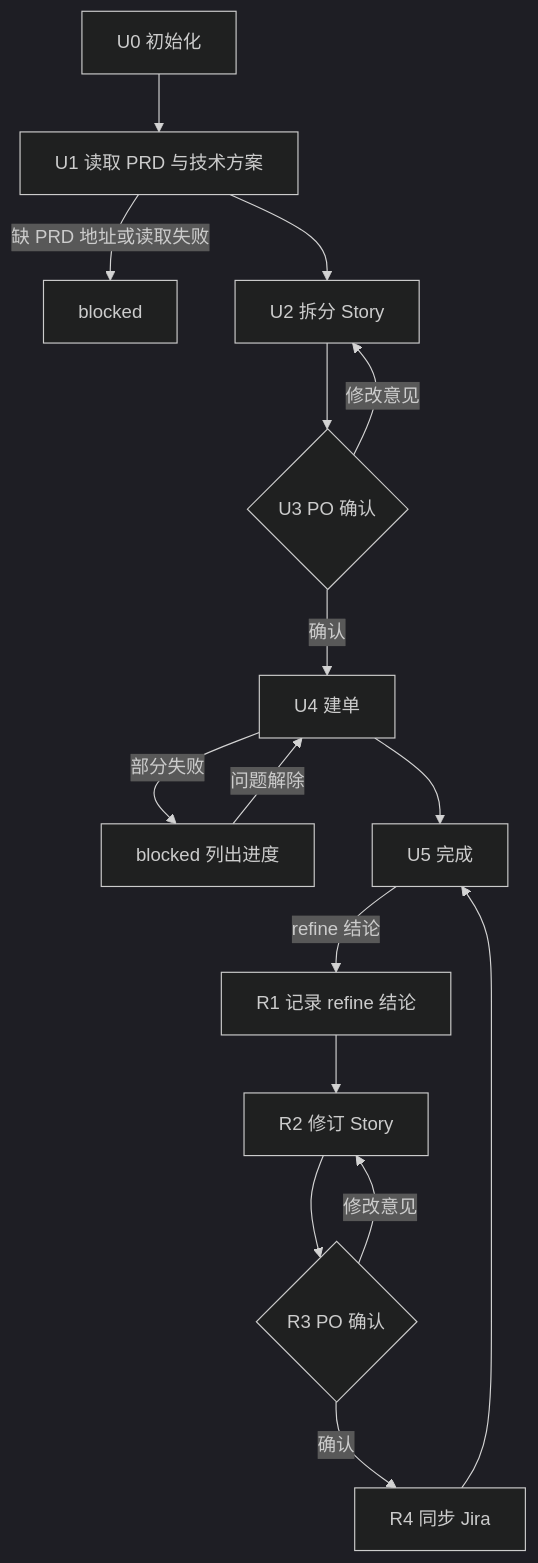
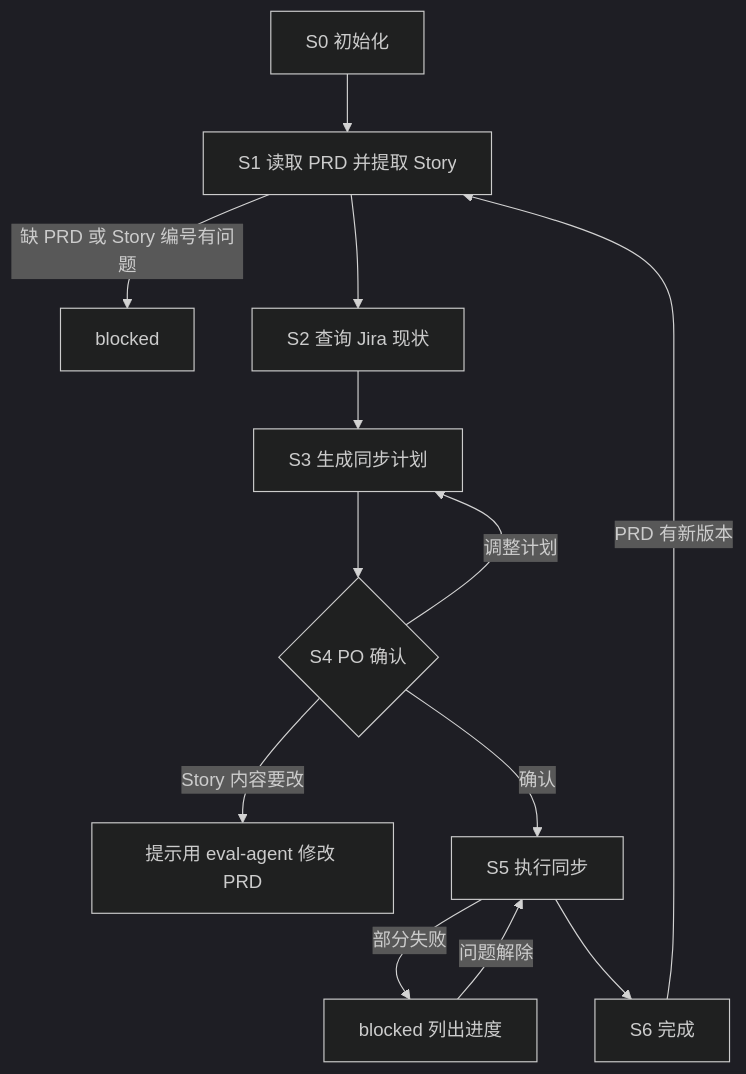
The diagram in .cursor/agents/userstory-agent.md (mjz-kevin/marriott), drawn with Mermaid (dark theme) before and after one commit. The commit also changed other lines of this file and 2 other files, not shown here.

Commit message:
Eval Agent负责生成PRD和生成PRD中的User Story User Story Agent 负责把PRD（本地或Confluence上的PRD里面的User Story）同步到Jira（通过增删改查Jira的Skill）

````diff
--- a/.cursor/agents/userstory-agent.md
+++ b/.cursor/agents/userstory-agent.md
@@ -196,18 +190,15 @@
 ```mermaid
 flowchart TD
-    U0["U0 初始化"] --> U1["U1 读取 PRD 与技术方案"]
-    U1 -->|"缺 PRD 地址或读取失败"| B["blocked"]
-    U1 --> U2["U2 拆分 Story"]
-    U2 --> G{"U3 PO 确认"}
-    G -->|"修改意见"| U2
-    G -->|"确认"| U4["U4 建单"]
-    U4 -->|"部分失败"| B2["blocked 列出进度"]
-    B2 -->|"问题解除"| U4
-    U4 --> U5["U5 完成"]
-    U5 -->|"refine 结论"| R1["R1 记录 refine 结论"]
-    R1 --> R2["R2 修订 Story"]
-    R2 --> G2{"R3 PO 确认"}
-    G2 -->|"修改意见"| R2
-    G2 -->|"确认"| R4["R4 同步 Jira"]
-    R4 --> U5
+    S0["S0 初始化"] --> S1["S1 读取 PRD 并提取 Story"]
+    S1 -->|"缺 PRD 或 Story 编号有问题"| B["blocked"]
+    S1 --> S2["S2 查询 Jira 现状"]
+    S2 --> S3["S3 生成同步计划"]
+    S3 --> G{"S4 PO 确认"}
+    G -->|"调整计划"| S3
+    G -->|"Story 内容要改"| EV["提示用 eval-agent 修改 PRD"]
+    G -->|"确认"| S5["S5 执行同步"]
+    S5 -->|"部分失败"| B2["blocked 列出进度"]
+    B2 -->|"问题解除"| S5
+    S5 --> S6["S6 完成"]
+    S6 -->|"PRD 有新版本"| S1
 ```
````
